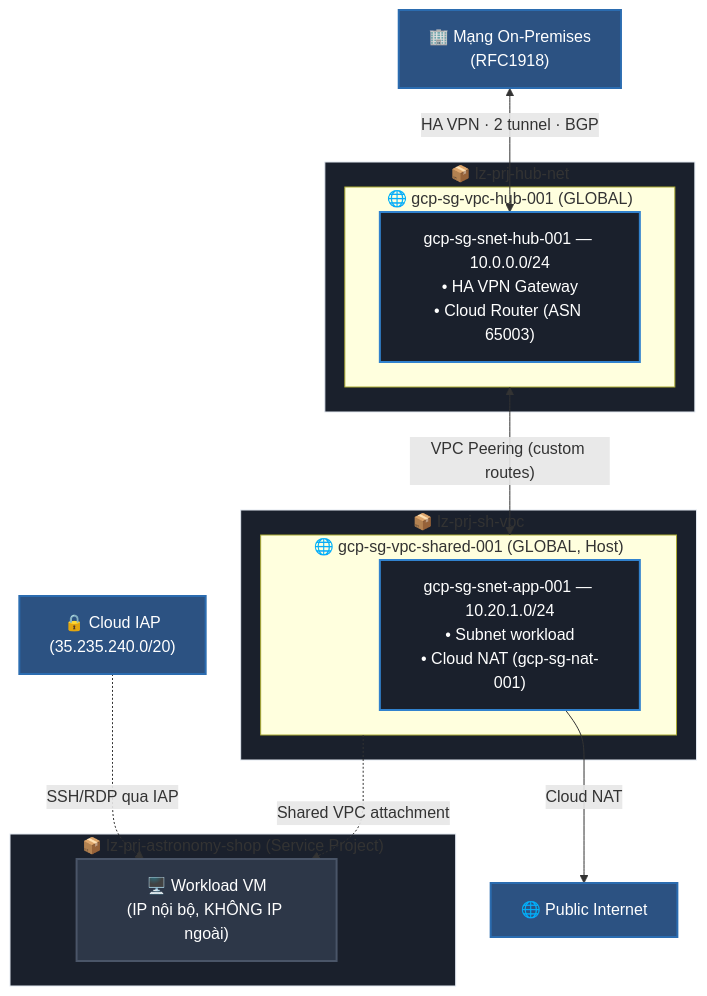
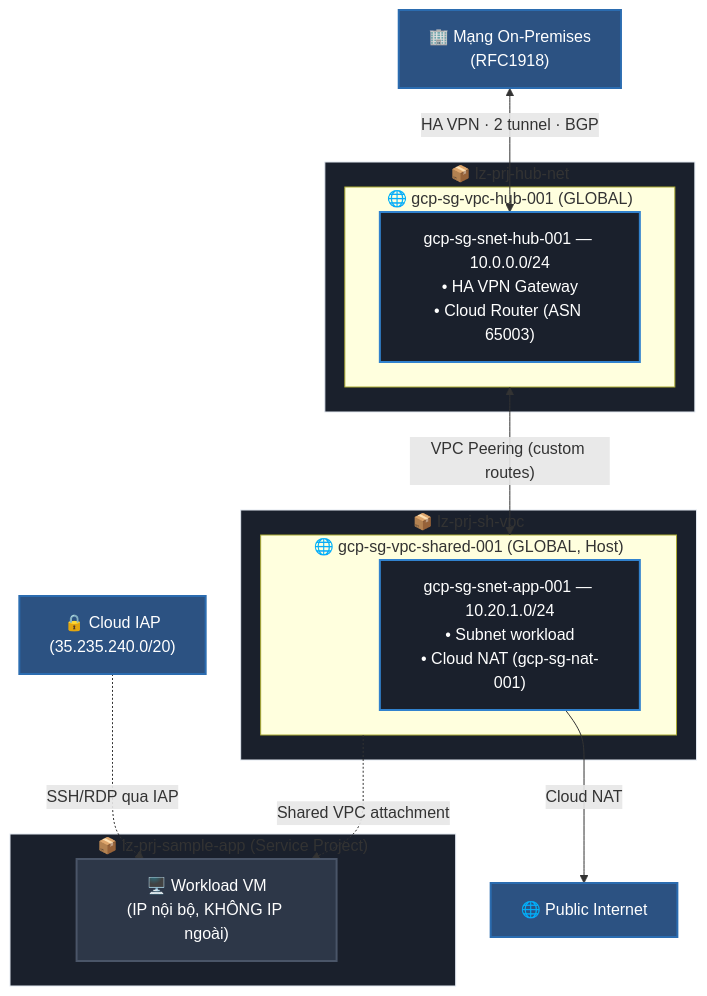
One commit to sontxdev04/Landing-Zone-GCP changed the first of 4 diagrams in docs/architecture.md. Above: the diagram before and after it, drawn with Mermaid. The commit also changed other lines of this file and 23 other files, not shown here.

Commit message:
feat(template): rename astronomy-shop→sample-app, add sample VM for monitoring, ease docs copy-paste

````diff
--- a/docs/architecture.md
+++ b/docs/architecture.md
@@ -121,35 +121,35 @@
 ```mermaid
 flowchart TD
     classDef project fill:#2d3748,stroke:#4a5568,stroke-width:2px,color:#fff;
     classDef network fill:#1a202c,stroke:#3182ce,stroke-width:2px,color:#fff;
     classDef external fill:#2c5282,stroke:#2b6cb0,stroke-width:2px,color:#fff;
 
     OnPrem["🏢 Mạng On-Premises<br/>(RFC1918)"]:::external
     Internet["🌐 Public Internet"]:::external
     IAP["🔒 Cloud IAP<br/>(35.235.240.0/20)"]:::external
 
     subgraph HubProject["📦 lz-prj-hub-net"]
         subgraph HubVPC["🌐 gcp-sg-vpc-hub-001 (GLOBAL)"]
             HubSubnet["gcp-sg-snet-hub-001 — 10.0.0.0/24<br/>• HA VPN Gateway<br/>• Cloud Router (ASN 65003)"]:::network
         end
     end
     style HubProject fill:#1a202c,stroke:#e2e8f0,stroke-width:1px
 
     subgraph SharedVPCProject["📦 lz-prj-sh-vpc"]
         subgraph SharedVPC["🌐 gcp-sg-vpc-shared-001 (GLOBAL, Host)"]
             AppSubnet["gcp-sg-snet-app-001 — 10.20.1.0/24<br/>• Subnet workload<br/>• Cloud NAT (gcp-sg-nat-001)"]:::network
         end
     end
     style SharedVPCProject fill:#1a202c,stroke:#e2e8f0,stroke-width:1px
 
-    subgraph WorkloadProject["📦 lz-prj-astronomy-shop (Service Project)"]
+    subgraph WorkloadProject["📦 lz-prj-sample-app (Service Project)"]
         VM["🖥️ Workload VM<br/>(IP nội bộ, KHÔNG IP ngoài)"]:::project
     end
     style WorkloadProject fill:#1a202c,stroke:#e2e8f0,stroke-width:1px
 
     OnPrem <-->|"HA VPN · 2 tunnel · BGP"| HubSubnet
     HubVPC <-->|"VPC Peering (custom routes)"| SharedVPC
     SharedVPC -.->|"Shared VPC attachment"| VM
     AppSubnet -->|"Cloud NAT"| Internet
     IAP -.->|"SSH/RDP qua IAP"| VM
 ```
````
